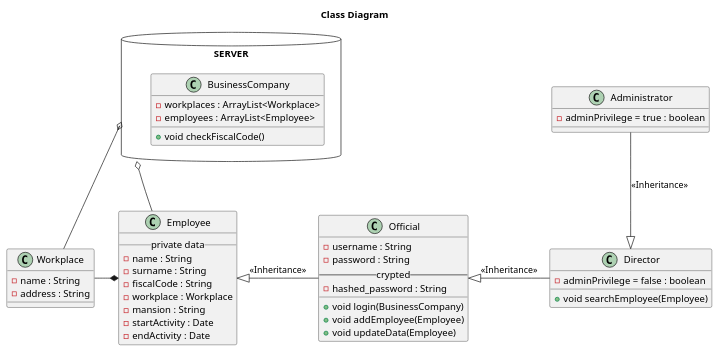
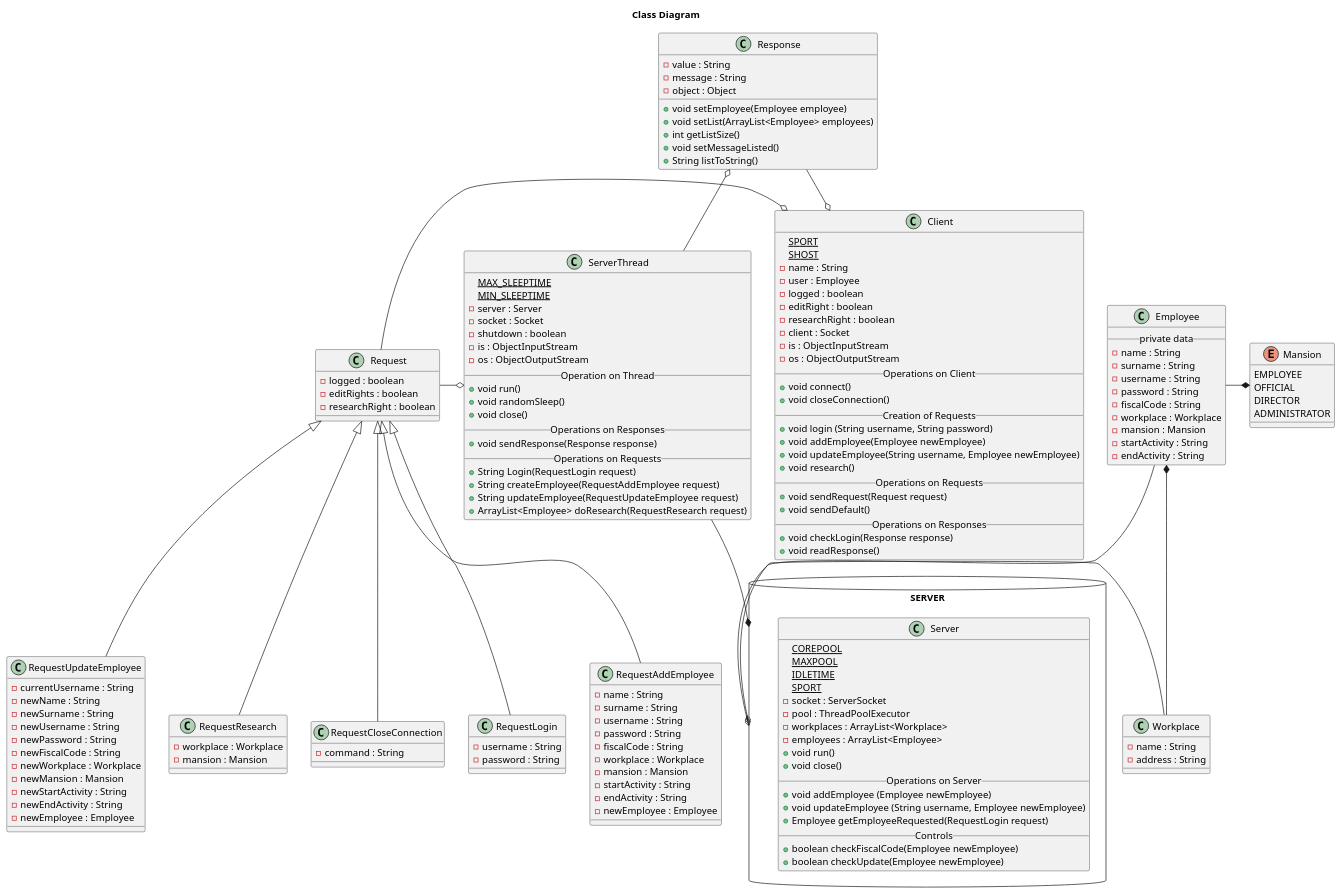
Before and after one commit to danielepelleg/software_engineering: the diagram in Assegnamento3/src/uml/ClassDiagram.puml, drawn with PlantUML. The commit also changed 7 other files, not shown here.

Commit message:
Add UML Diagrams

```diff
--- a/Assegnamento3/src/uml/ClassDiagram.puml
+++ b/Assegnamento3/src/uml/ClassDiagram.puml
@@ -1,58 +1,180 @@
 @startuml
 title Class Diagram
 
 top to bottom direction
 
 package SERVER <<Database>> {
-  class BusinessCompany{
+  class Server{
+    {static} COREPOOL
+    {static} MAXPOOL
+    {static} IDLETIME
+    {static} SPORT
+    -socket : ServerSocket
+    -pool : ThreadPoolExecutor
     -workplaces : ArrayList<Workplace>
     -employees : ArrayList<Employee>
-    +void checkFiscalCode()
+    +void run()
+    +void close()
+    __ Operations on Server __
+    +void addEmployee (Employee newEmployee)
+    +void updateEmployee (String username, Employee newEmployee)
+    +Employee getEmployeeRequested(RequestLogin request)
+    __ Controls __
+    +boolean checkFiscalCode(Employee newEmployee)
+    +boolean checkUpdate(Employee newEmployee)
   }
 }
 
-SERVER o-down- Workplace
-SERVER o-down- Employee
+class ServerThread{
+    {static} MAX_SLEEPTIME
+    {static} MIN_SLEEPTIME
+    -server : Server
+    -socket : Socket
+    -shutdown : boolean
+    -is : ObjectInputStream
+    -os : ObjectOutputStream
+    __ Operation on Thread __
+    +void run()
+    +void randomSleep()
+    +void close()
+    __ Operations on Responses __
+    +void sendResponse(Response response)
+    __ Operations on Requests __
+    +String Login(RequestLogin request)
+    +String createEmployee(RequestAddEmployee request)
+    +String updateEmployee(RequestUpdateEmployee request)
+    +ArrayList<Employee> doResearch(RequestResearch request)
+}
+
+SERVER *-up- ServerThread
+
+class Client{
+    {static} SPORT
+    {static} SHOST
+    -name : String
+    -user : Employee
+    -logged : boolean
+    -editRight : boolean
+    -researchRight : boolean
+    -client : Socket
+    -is : ObjectInputStream
+    -os : ObjectOutputStream
+    __ Operations on Client __
+    +void connect()
+    +void closeConnection()
+    __ Creation of Requests __
+    +void login (String username, String password)
+        +void addEmployee(Employee newEmployee)
+        +void updateEmployee(String username, Employee newEmployee)
+        +void research()
+    __ Operations on Requests __
+    +void sendRequest(Request request)
+    +void sendDefault()
+    __ Operations on Responses __
+    +void checkLogin(Response response)
+    +void readResponse()
+}
 
 class Workplace{
     -name : String
     -address : String
 }
 
 class Employee {
     __ private data __
     -name : String
     -surname : String
+    -username : String
+    -password : String
     -fiscalCode : String
     -workplace : Workplace
-    -mansion : String
-    -startActivity : Date
-    -endActivity : Date
+    -mansion : Mansion
+    -startActivity : String
+    -endActivity : String
 }
 
-Employee *-left- Workplace
+Employee -o SERVER
+Workplace -o SERVER
 
-class Official {
+Enum Mansion {
+    EMPLOYEE
+    OFFICIAL
+    DIRECTOR
+    ADMINISTRATOR
+}
+
+class Request {
+    -logged : boolean
+    -editRights : boolean
+    -researchRight : boolean
+}
+
+Request -o ServerThread
+Request -right-o Client
+
+class RequestLogin{
     -username : String
     -password : String
-    -- crypted --
-    -hashed_password : String
-    ____
-    +void login(BusinessCompany)
-    +void addEmployee(Employee)
-    +void updateData(Employee)
 }
 
-class Director {
-    -adminPrivilege = false : boolean
-    +void searchEmployee(Employee)
+class RequestAddEmployee {
+    -name : String
+    -surname : String
+    -username : String
+    -password : String
+    -fiscalCode : String
+    -workplace : Workplace
+    -mansion : Mansion
+    -startActivity : String
+    -endActivity : String
+    -newEmployee : Employee
 }
 
-Employee <|-right- Official : <<Inheritance>>
-Official <|-right- Director : <<Inheritance>>
-Director <|-up- Administrator : <<Inheritance>>
+class RequestUpdateEmployee{
+    -currentUsername : String
+    -newName : String
+    -newSurname : String
+    -newUsername : String
+    -newPassword : String
+    -newFiscalCode : String
+    -newWorkplace : Workplace
+    -newMansion : Mansion
+    -newStartActivity : String
+    -newEndActivity : String
+    -newEmployee : Employee
+}
 
-class Administrator {
-    -adminPrivilege = true : boolean
+class RequestResearch{
+    -workplace : Workplace
+    -mansion : Mansion
 }
+
+class RequestCloseConnection{
+    -command : String
+}
+
+class Response{
+    -value : String
+    -message : String
+    -object : Object
+    +void setEmployee(Employee employee)
+    +void setList(ArrayList<Employee> employees)
+    +int getListSize()
+    +void setMessageListed()
+    +String listToString()
+}
+
+Response o-- ServerThread
+Response -down-o Client
+
+RequestLogin -up-|> Request
+RequestAddEmployee -up-|> Request
+RequestUpdateEmployee -up-|> Request
+RequestResearch -up-|> Request
+RequestCloseConnection -up-|> Request
+
+Employee -right-* Mansion
+Employee *-down- Workplace
+
+
 @enduml
```
